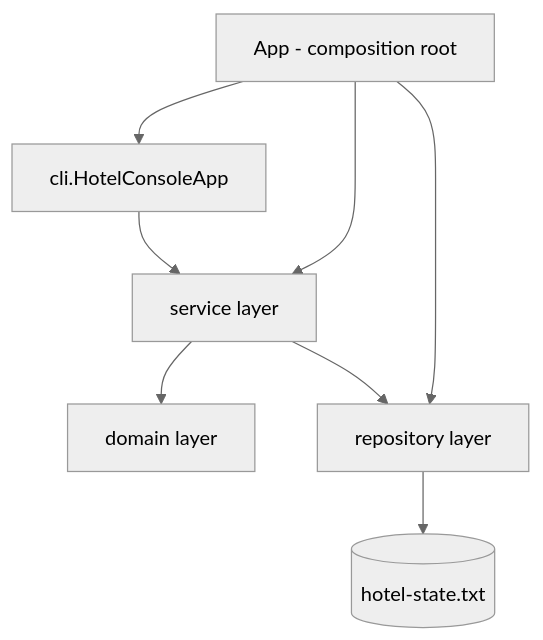
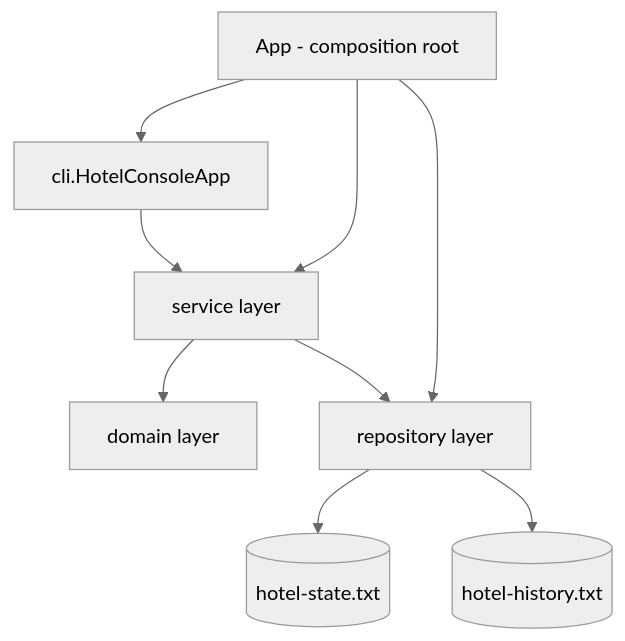
The first of 3 diagrams in docs/architecture.md (syrhnjb/Hotel-Management-System), drawn with Mermaid (neutral theme) before and after one commit. The commit also changed other lines of this file and 27 other files, not shown here.

````diff
--- a/docs/architecture.md
+++ b/docs/architecture.md
@@ -5,10 +5,11 @@
 ```mermaid
 flowchart TD
     CLI[cli.HotelConsoleApp] --> Service[service layer]
     Service --> Domain[domain layer]
     Service --> Repository[repository layer]
-    Repository --> Storage[(hotel-state.txt)]
+    Repository --> Open[(hotel-state.txt)]
+    Repository --> History[(hotel-history.txt)]
     App[App - composition root] --> CLI
     App --> Service
     App --> Repository
 ```
````
